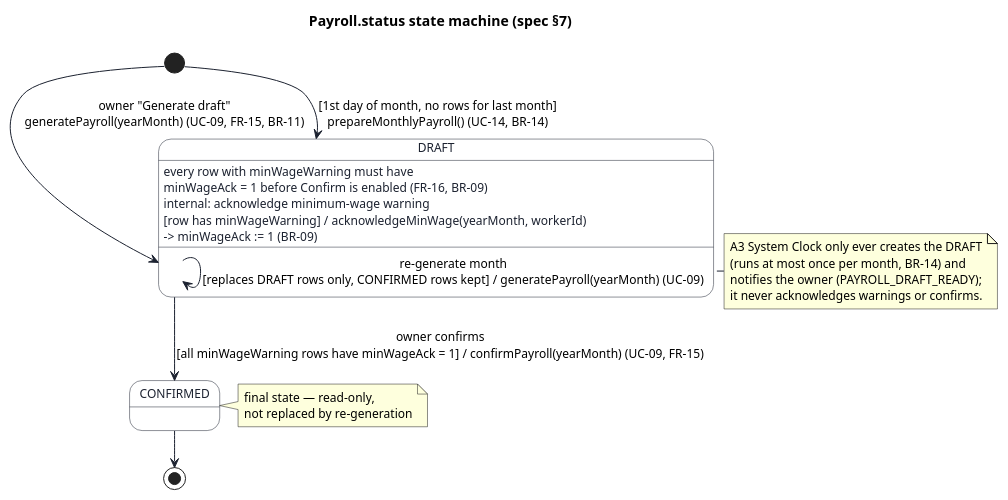
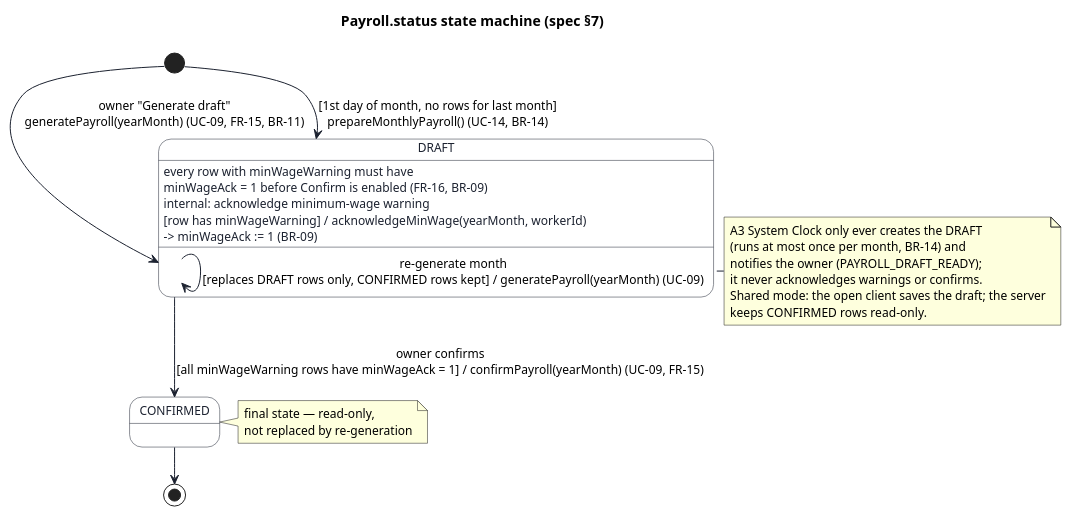
One commit to keemlogan/shiftswap changed the diagram in uml/src/state-payroll.puml. Above: the diagram before and after it, drawn with PlantUML. The commit also changed 64 other files, not shown here.

First line of the commit message:
UML and screenshots for iteration 8; S10 check of the BR-15 warning

```diff
--- a/uml/src/state-payroll.puml
+++ b/uml/src/state-payroll.puml
@@ -1,31 +1,31 @@
 @startuml state-payroll
 !pragma layout smetana
 skinparam defaultFontName "Helvetica"
 skinparam defaultFontSize 12
 skinparam shadowing false
 skinparam backgroundColor #FFFFFF
 skinparam state {
   BackgroundColor #FFFFFF
   BorderColor #1C2230
   FontColor #1C2230
   ArrowColor #1C2230
 }
 
 title Payroll.status state machine (spec §7)
 
 [*] --> DRAFT : owner "Generate draft"\ngeneratePayroll(yearMonth) (UC-09, FR-15, BR-11)
 [*] --> DRAFT : [1st day of month, no rows for last month]\nprepareMonthlyPayroll() (UC-14, BR-14)
 
 state DRAFT {
   DRAFT : every row with minWageWarning must have\nminWageAck = 1 before Confirm is enabled (FR-16, BR-09)
   DRAFT : internal: acknowledge minimum-wage warning\n[row has minWageWarning] / acknowledgeMinWage(yearMonth, workerId)\n-> minWageAck := 1 (BR-09)
   DRAFT --> DRAFT : re-generate month\n[replaces DRAFT rows only, CONFIRMED rows kept] / generatePayroll(yearMonth) (UC-09)
 }
 
 DRAFT --> CONFIRMED : owner confirms\n[all minWageWarning rows have minWageAck = 1] / confirmPayroll(yearMonth) (UC-09, FR-15)
 
 CONFIRMED --> [*]
 
 note right of CONFIRMED : final state — read-only,\nnot replaced by re-generation
-note left of DRAFT : A3 System Clock only ever creates the DRAFT\n(runs at most once per month, BR-14) and\nnotifies the owner (PAYROLL_DRAFT_READY);\nit never acknowledges warnings or confirms.
+note left of DRAFT : A3 System Clock only ever creates the DRAFT\n(runs at most once per month, BR-14) and\nnotifies the owner (PAYROLL_DRAFT_READY);\nit never acknowledges warnings or confirms.\nShared mode: the open client saves the draft; the server\nkeeps CONFIRMED rows read-only.
 @enduml
```
